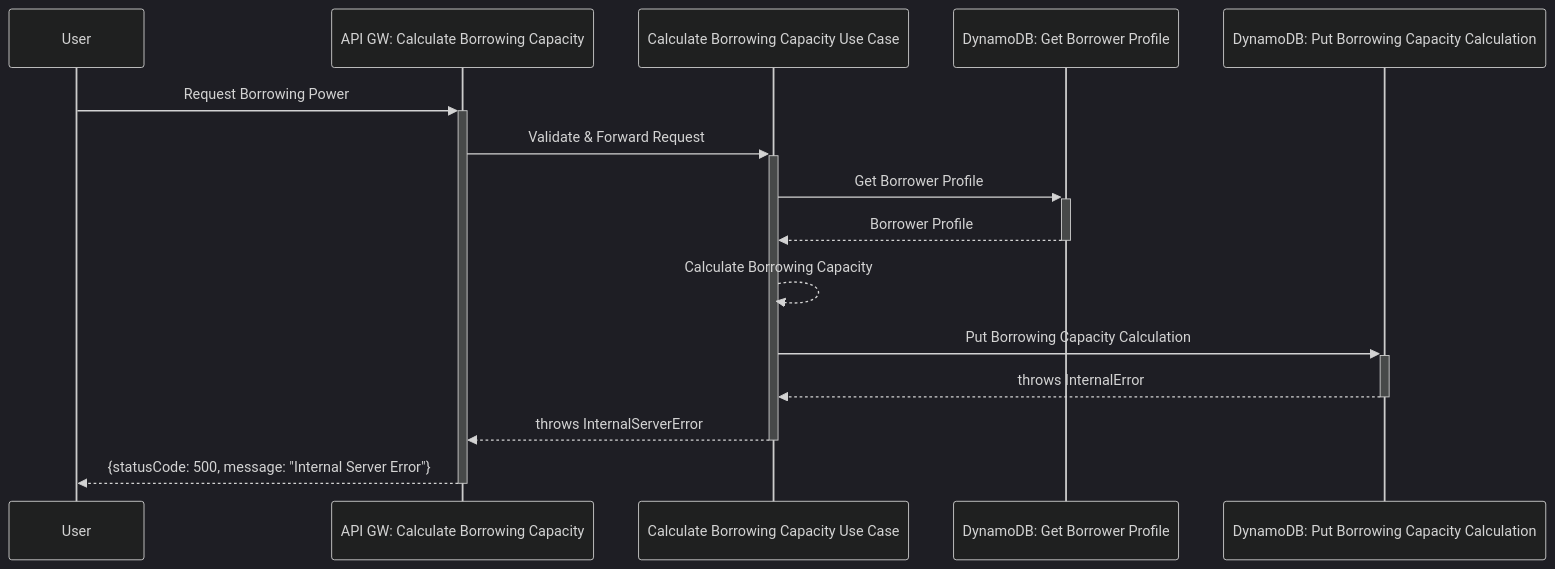
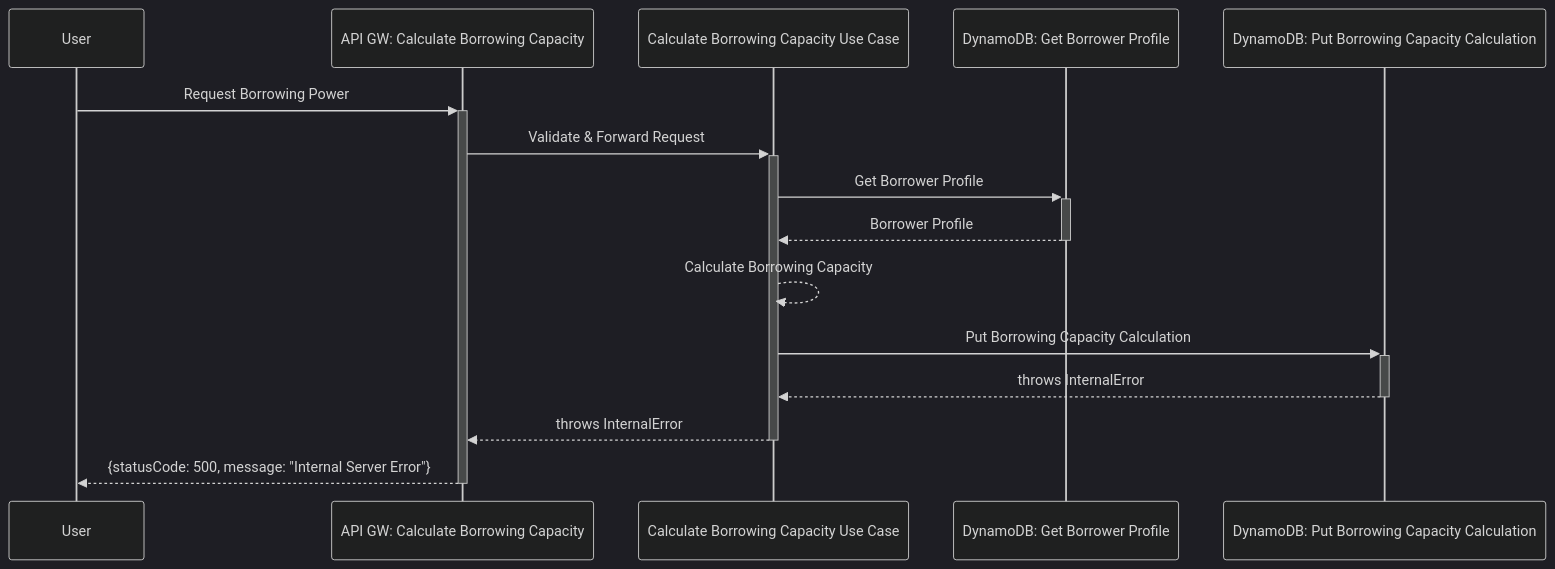
Before and after one commit to BenBowers/hexyback-workshop: the fourth of 6 diagrams in docs/docs/borrowing-capacity/overview.mdx, drawn with Mermaid (dark theme). The commit also changed other lines of this file and 12 other files, not shown here.

````diff
--- a/docs/docs/borrowing-capacity/overview.mdx
+++ b/docs/docs/borrowing-capacity/overview.mdx
@@ -99,18 +99,18 @@
 ```mermaid
 sequenceDiagram
     participant User
     participant PrimaryAdaptor as API GW: Calculate Borrowing Capacity
     participant CalculateBorrowingCapacityUseCase as Calculate Borrowing Capacity Use Case
     participant GetBorrowerProfileSecondaryAdapter as DynamoDB: Get Borrower Profile
     participant PutBorrowingCapacityCalculationSecondaryAdaptor as DynamoDB: Put Borrowing Capacity Calculation
     
     User->>+PrimaryAdaptor: Request Borrowing Power
     PrimaryAdaptor->>+CalculateBorrowingCapacityUseCase: Validate & Forward Request
     CalculateBorrowingCapacityUseCase->>+GetBorrowerProfileSecondaryAdapter: Get Borrower Profile 
     GetBorrowerProfileSecondaryAdapter-->>-CalculateBorrowingCapacityUseCase: Borrower Profile
     CalculateBorrowingCapacityUseCase-->>CalculateBorrowingCapacityUseCase: Calculate Borrowing Capacity
     CalculateBorrowingCapacityUseCase->>+PutBorrowingCapacityCalculationSecondaryAdaptor: Put Borrowing Capacity Calculation 
     PutBorrowingCapacityCalculationSecondaryAdaptor-->>-CalculateBorrowingCapacityUseCase: throws InternalError
-    CalculateBorrowingCapacityUseCase-->>-PrimaryAdaptor: throws InternalServerError
+    CalculateBorrowingCapacityUseCase-->>-PrimaryAdaptor: throws InternalError
     PrimaryAdaptor-->>-User: {statusCode: 500, message: "Internal Server Error"}
 ```
````
